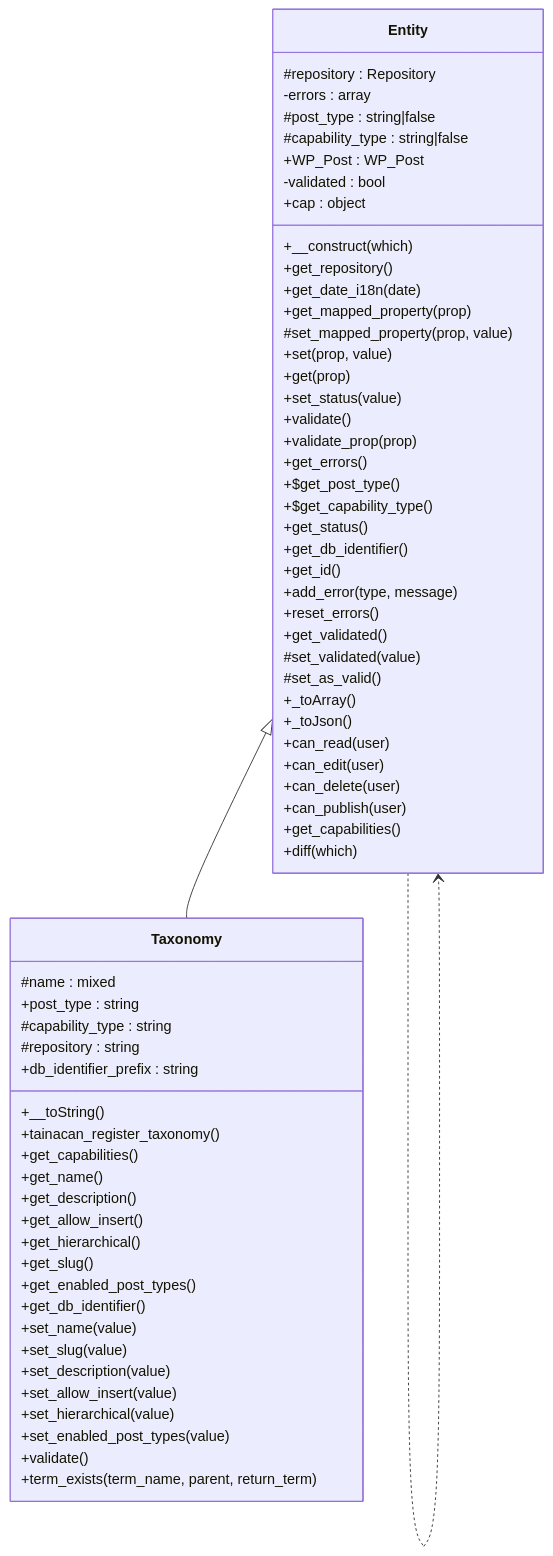
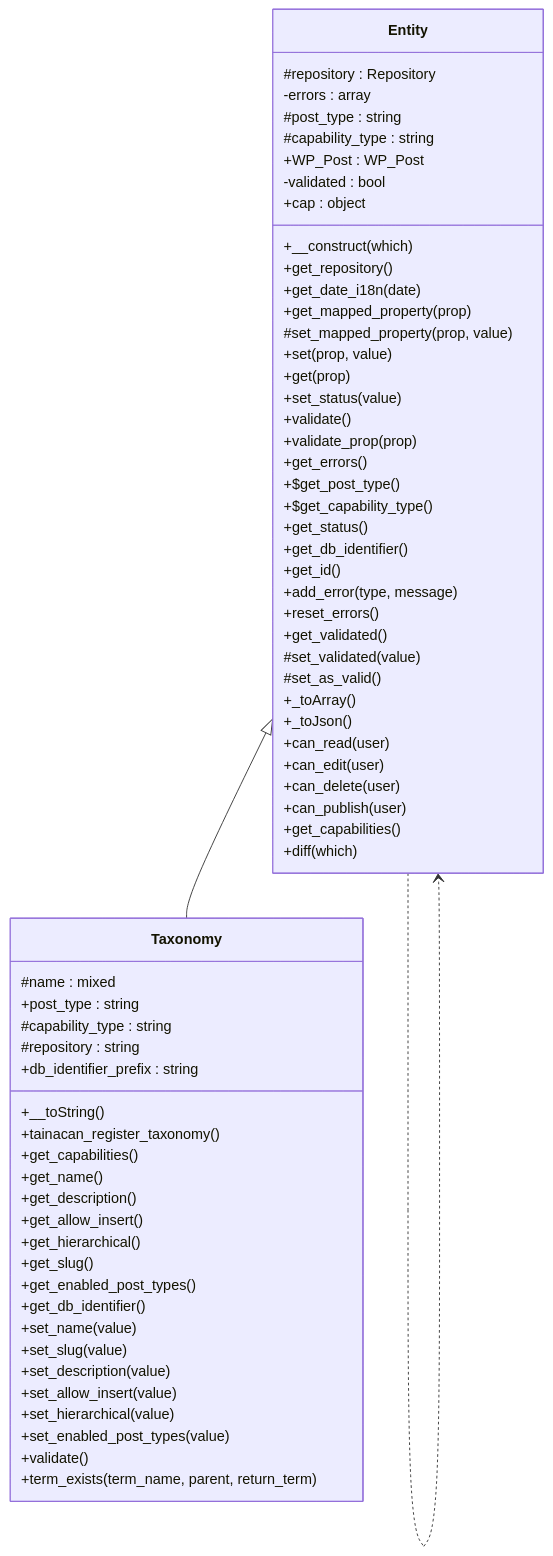
The diagram in docs/phpdoc/classes/Tainacan/Entities/Taxonomy.md (tainacan/tainacan), drawn with Mermaid before and after one commit. The commit also changed 35 other files, not shown here.

````diff
--- a/docs/phpdoc/classes/Tainacan/Entities/Taxonomy.md
+++ b/docs/phpdoc/classes/Tainacan/Entities/Taxonomy.md
@@ -15,69 +15,69 @@
 ```mermaid
 classDiagram
     direction TB
     class Taxonomy {
         #name : mixed
         +post_type : string
         #capability_type : string
         #repository : string
         +db_identifier_prefix : string
         +__toString()
         +tainacan_register_taxonomy()
         +get_capabilities()
         +get_name()
         +get_description()
         +get_allow_insert()
         +get_hierarchical()
         +get_slug()
         +get_enabled_post_types()
         +get_db_identifier()
         +set_name(value)
         +set_slug(value)
         +set_description(value)
         +set_allow_insert(value)
         +set_hierarchical(value)
         +set_enabled_post_types(value)
         +validate()
         +term_exists(term_name, parent, return_term)
     }
     class Entity {
         #repository : Repository
         -errors : array
-        #post_type : string|false
-        #capability_type : string|false
+        #post_type : string
+        #capability_type : string
         +WP_Post : WP_Post
         -validated : bool
         +cap : object
         +__construct(which)
         +get_repository()
         +get_date_i18n(date)
         +get_mapped_property(prop)
         #set_mapped_property(prop, value)
         +set(prop, value)
         +get(prop)
         +set_status(value)
         +validate()
         +validate_prop(prop)
         +get_errors()
         +$get_post_type()
         +$get_capability_type()
         +get_status()
         +get_db_identifier()
         +get_id()
         +add_error(type, message)
         +reset_errors()
         +get_validated()
         #set_validated(value)
         #set_as_valid()
         +_toArray()
         +_toJson()
         +can_read(user)
         +can_edit(user)
         +can_delete(user)
         +can_publish(user)
         +get_capabilities()
         +diff(which)
     }
     Entity ..> Entity
     Entity <|-- Taxonomy
 ```
````
